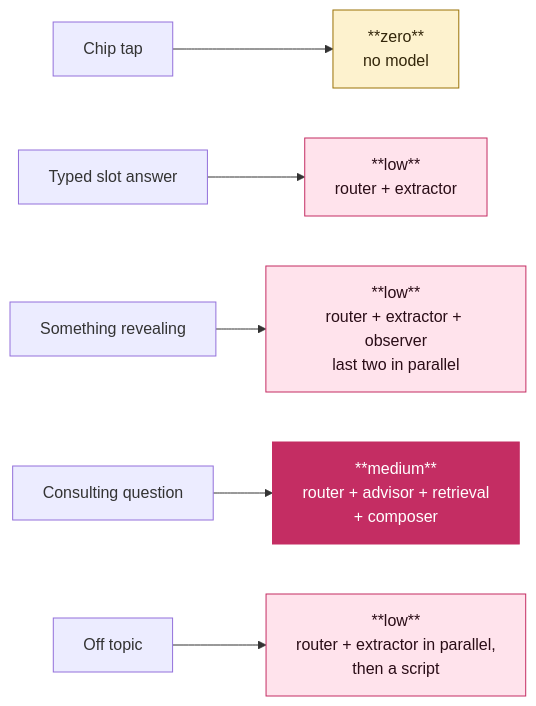
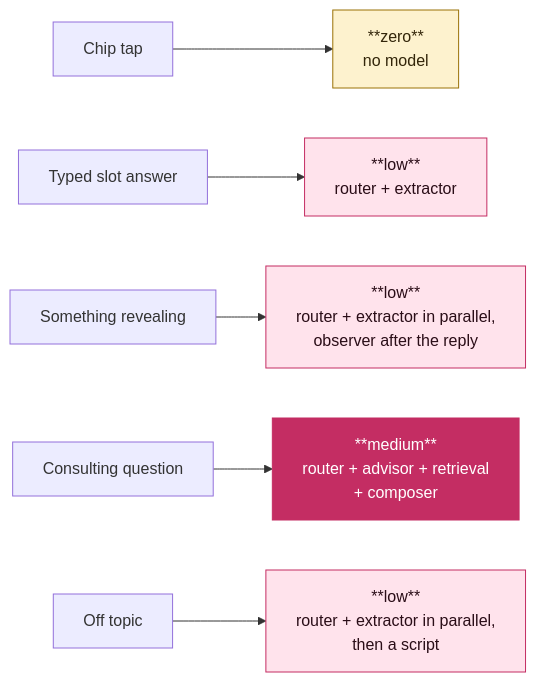
The second of 2 diagrams in docs/agent-architecture.md (magentawood/roomsie), drawn with Mermaid before and after one commit. The commit also changed other lines of this file and 70 other files, not shown here.

````diff
--- a/docs/agent-architecture.md
+++ b/docs/agent-architecture.md
@@ -178,15 +178,15 @@
 ```mermaid
 flowchart LR
     A[Chip tap] --> A1["**zero**<br/>no model"]
     B[Typed slot answer] --> B1["**low**<br/>router + extractor"]
-    C[Something revealing] --> C1["**low**<br/>router + extractor + observer<br/>last two in parallel"]
+    C[Something revealing] --> C1["**low**<br/>router + extractor in parallel,<br/>observer after the reply"]
     D[Consulting question] --> D1["**medium**<br/>router + advisor + retrieval<br/>+ composer"]
     E[Off topic] --> E1["**low**<br/>router + extractor in parallel,<br/>then a script"]
 
     classDef zero fill:#FDF2CE,stroke:#9A7206,color:#33260A
     classDef low fill:#FFE3EC,stroke:#C42D63,color:#2A0D17
     classDef med fill:#C42D63,stroke:#C42D63,color:#FFFFFF
     class A1 zero
     class B1,C1,E1 low
     class D1 med
 ```
````
